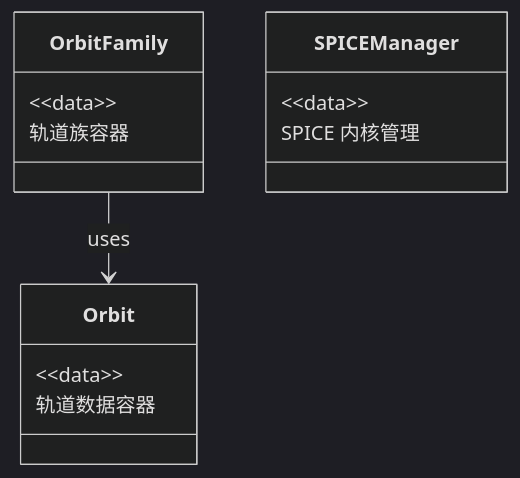
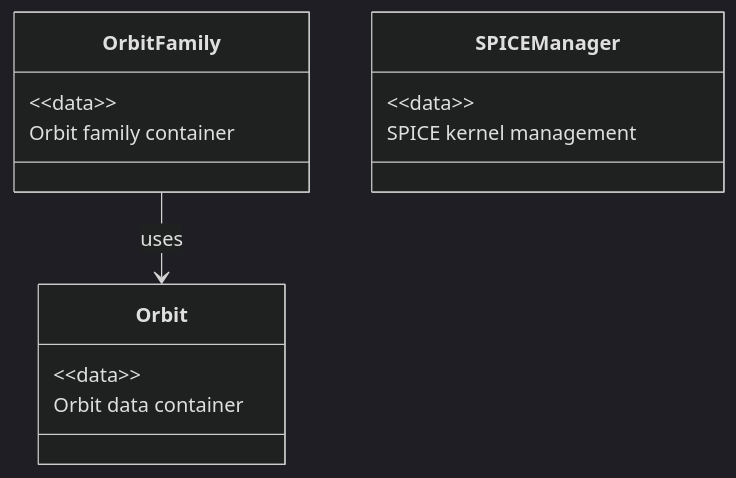
Before and after one commit to cislunarspace/e2m2e: the diagram in docs/reference/mbse/generated/bdd-data.md, drawn with Mermaid (dark theme). The commit also changed other lines of this file and 116 other files, not shown here.

````diff
--- a/docs/reference/mbse/generated/bdd-data.md
+++ b/docs/reference/mbse/generated/bdd-data.md
@@ -11,16 +11,16 @@
 ```mermaid
 classDiagram
     class Orbit {
         &lt;&lt;data&gt;&gt;
-        轨道数据容器
+        Orbit data container
     }
     class OrbitFamily {
         &lt;&lt;data&gt;&gt;
-        轨道族容器
+        Orbit family container
     }
     OrbitFamily --> Orbit : uses
     class SPICEManager {
         &lt;&lt;data&gt;&gt;
-        SPICE 内核管理
+        SPICE kernel management
     }
 ```
````
